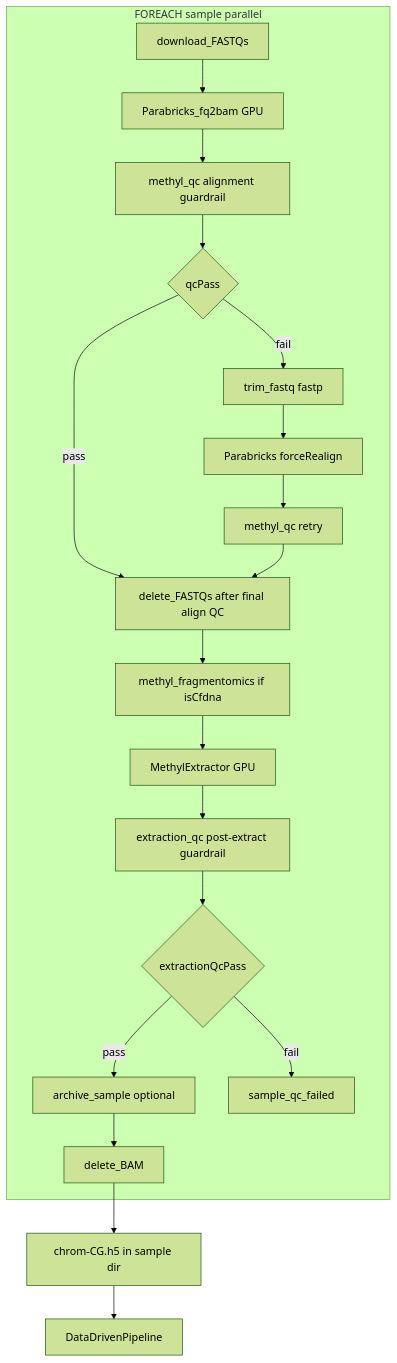
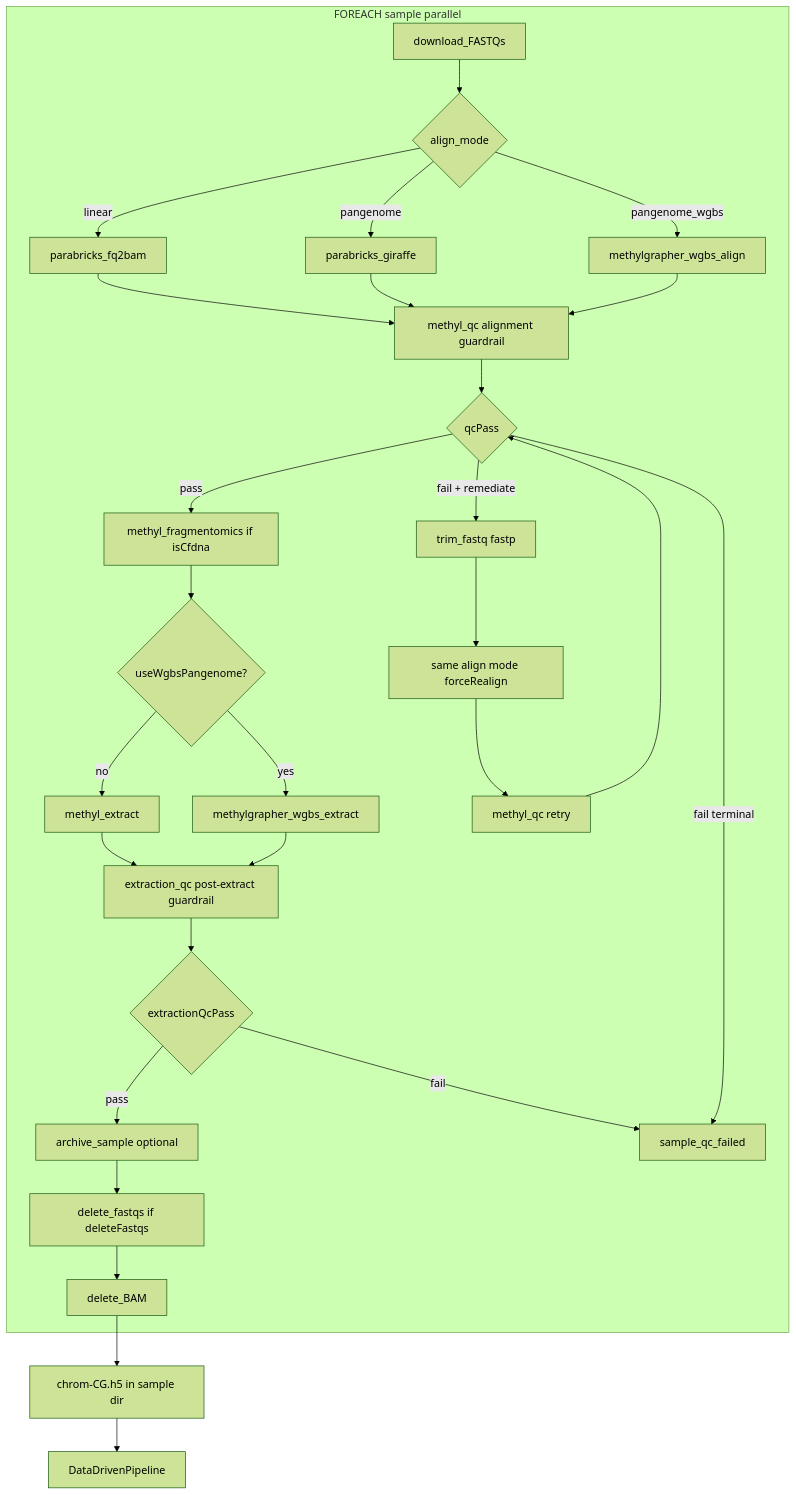
The second of 15 diagrams in workflow_engine/docs/pipeline_architecture.md (Goliath-Research/GoliathWorkflow), drawn with Mermaid (forest theme) before and after one commit. The commit also changed other lines of this file and 20 other files, not shown here.

First line of the commit message:
Enhance documentation and implementation for SamplePrep and WGBS pangenome processing

````diff
--- a/workflow_engine/docs/pipeline_architecture.md
+++ b/workflow_engine/docs/pipeline_architecture.md
@@ -95,27 +97,40 @@
 ```mermaid
 flowchart TD
   subgraph perSample [FOREACH sample parallel]
     dl[download_FASTQs]
-    align[Parabricks_fq2bam GPU]
+    mode{align_mode}
+    fq[parabricks_fq2bam]
+    gf[parabricks_giraffe]
+    mg[methylgrapher_wgbs_align]
     qc[methyl_qc alignment guardrail]
     gateQc{qcPass}
-    delFq[delete_FASTQs after final align QC]
     frag[methyl_fragmentomics if isCfdna]
-    ext[MethylExtractor GPU]
+    extMode{useWgbsPangenome?}
+    mex[methyl_extract]
+    mgExt[methylgrapher_wgbs_extract]
     extQc[extraction_qc post-extract guardrail]
     gateExt{extractionQcPass}
-    upload[archive_sample optional]
+    archive[archive_sample optional]
+    delFq[delete_fastqs if deleteFastqs]
     delBam[delete_BAM]
     trim[trim_fastq fastp]
-    align2[Parabricks forceRealign]
+    align2[same align mode forceRealign]
     qc2[methyl_qc retry]
     fail[sample_qc_failed]
   end
-  dl --> align --> qc --> gateQc
-  gateQc -->|pass| delFq --> frag --> ext --> extQc --> gateExt
-  gateExt -->|pass| upload --> delBam
+  dl --> mode
+  mode -->|linear| fq --> qc
+  mode -->|pangenome| gf --> qc
+  mode -->|pangenome_wgbs| mg --> qc
+  qc --> gateQc
+  gateQc -->|pass| frag --> extMode
+  extMode -->|no| mex --> extQc
+  extMode -->|yes| mgExt --> extQc
+  extQc --> gateExt
+  gateExt -->|pass| archive --> delFq --> delBam
   gateExt -->|fail| fail
-  gateQc -->|fail| trim --> align2 --> qc2 --> delFq
+  gateQc -->|fail + remediate| trim --> align2 --> qc2 --> gateQc
+  gateQc -->|fail terminal| fail
   delBam --> h5["chrom-CG.h5 in sample dir"]
   h5 --> ddp[DataDrivenPipeline]
 ```
````
